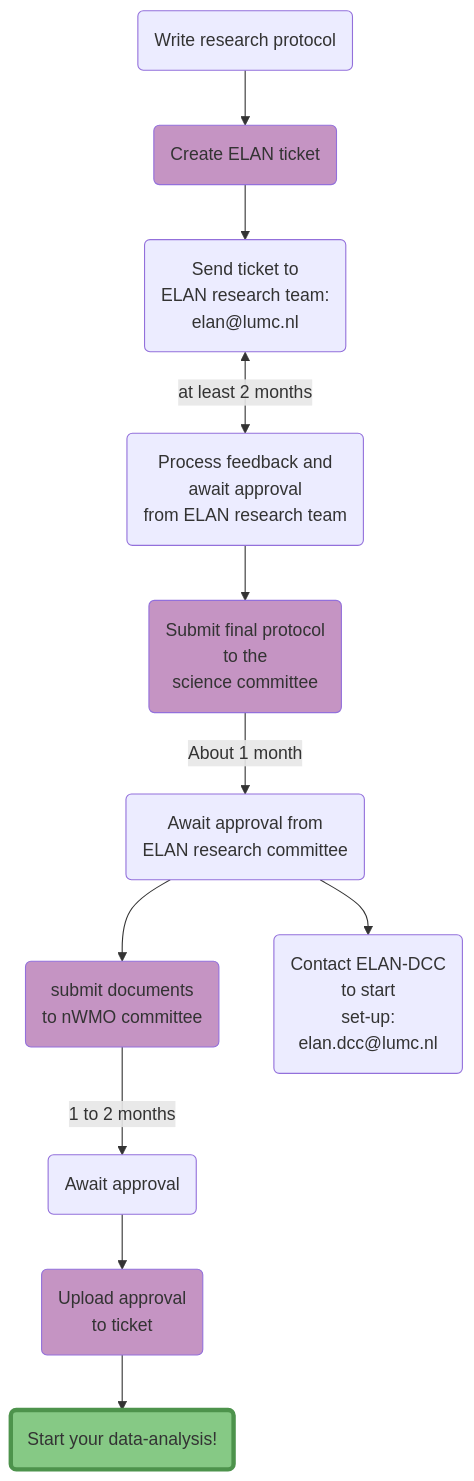
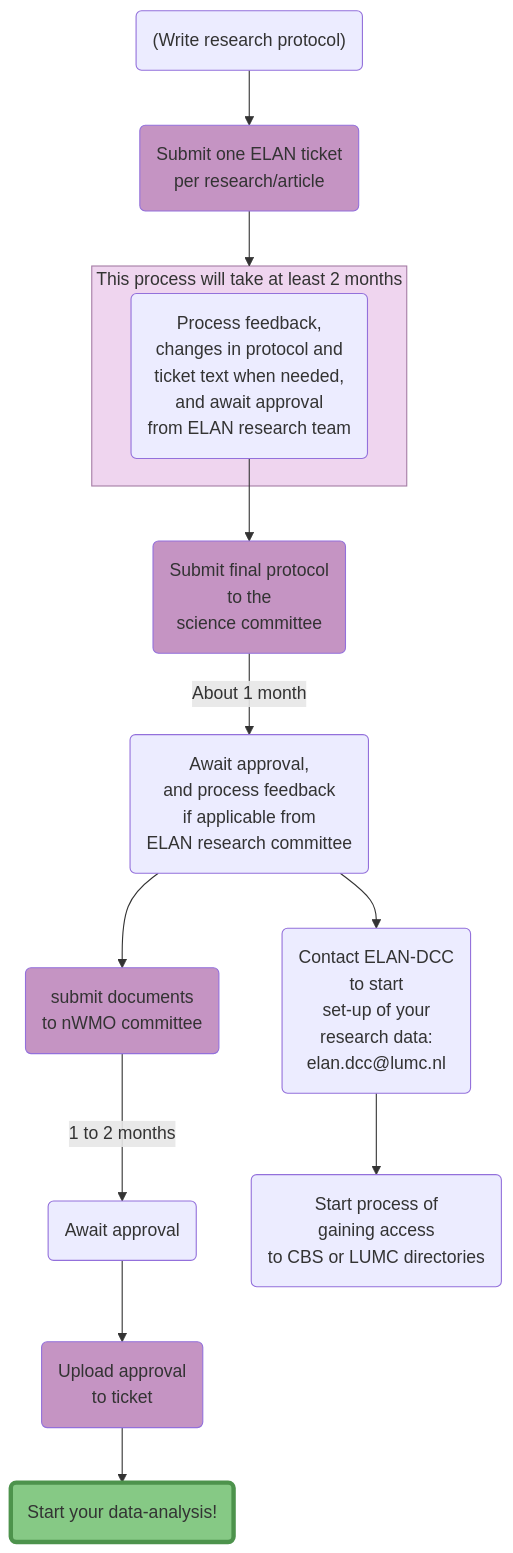
The first of 4 diagrams in content/en/researchers/overview_getting_started.md (elan-dcc/elan-dcc.github.io), drawn with Mermaid before and after one commit. The commit also changed other lines of this file and 6 other files, not shown here.

````diff
--- a/content/en/researchers/overview_getting_started.md
+++ b/content/en/researchers/overview_getting_started.md
@@ -16,37 +19,46 @@
 ```mermaid {class=""}
 flowchart TD
-    id1(Write research protocol) --> id2
-    id2(Create ELAN ticket) --> id3
-    id3(Send ticket to 
-    ELAN research team:
-    elan@lumc.nl) <-->|at least 2 months| id4
-    id4(Process feedback and
-    await approval
+    id1("(Write research protocol)") --> id2(Submit one ELAN ticket\nper research/article)
+    subgraph ticket [This process will take at least 2 months]
+        id4
+    end
+    id4(Process feedback, 
+    changes in protocol and 
+    ticket text when needed,
+    and await approval
     from ELAN research team) --> id5
     id5(Submit final protocol
     to the
     science committee) -->|About 1 month| id6
-    id6(Await approval by
-    ELAN research team and science committee) --> id7
+    id6(Await approval,
+    and process feedback
+    if applicable from
+    ELAN research committee) --> id7
     id7(submit documents 
     to nWMO committee) -->|1 to 2 months| id9
     id9(Await approval) --> id10
     id10(Upload approval
     to ticket) --> idend(Start your data-analysis!)
-    id6(Await approval from
-    ELAN research committee) --> id8(Contact ELAN-DCC
+    id6 --> id8
+    id8(Contact ELAN-DCC
     to start 
-    set-up:
-    elan.dcc@lumc.nl)
+    set-up of your 
+    research data:
+    elan.dcc@lumc.nl) --> id11(Start process of
+    gaining access
+    to CBS or LUMC directories)
+
+    id2 --> ticket
 
     style idend fill:#86c985,stroke:#4d934c,stroke-width:4px
     style id2 fill:#c594c3
     style id5 fill:#c594c3
     style id7 fill:#c594c3
     style id10 fill:#c594c3
+
+    style ticket fill:#efd5ef, stroke:#a57ca5
     
     click id2 "https://elanresearch.nl" "ELAN research" _blank
-    click id10 "https://elanresearch.nl" "ELAN research" _blank
     click id5 "../sciencecommittee" "Science committee"
     click id7 "https://www.metc-ldd.nl/toetsingsprocedures/niet-wmo-en-niet-mdr" "nWMO committee" _blank
 ```
````
